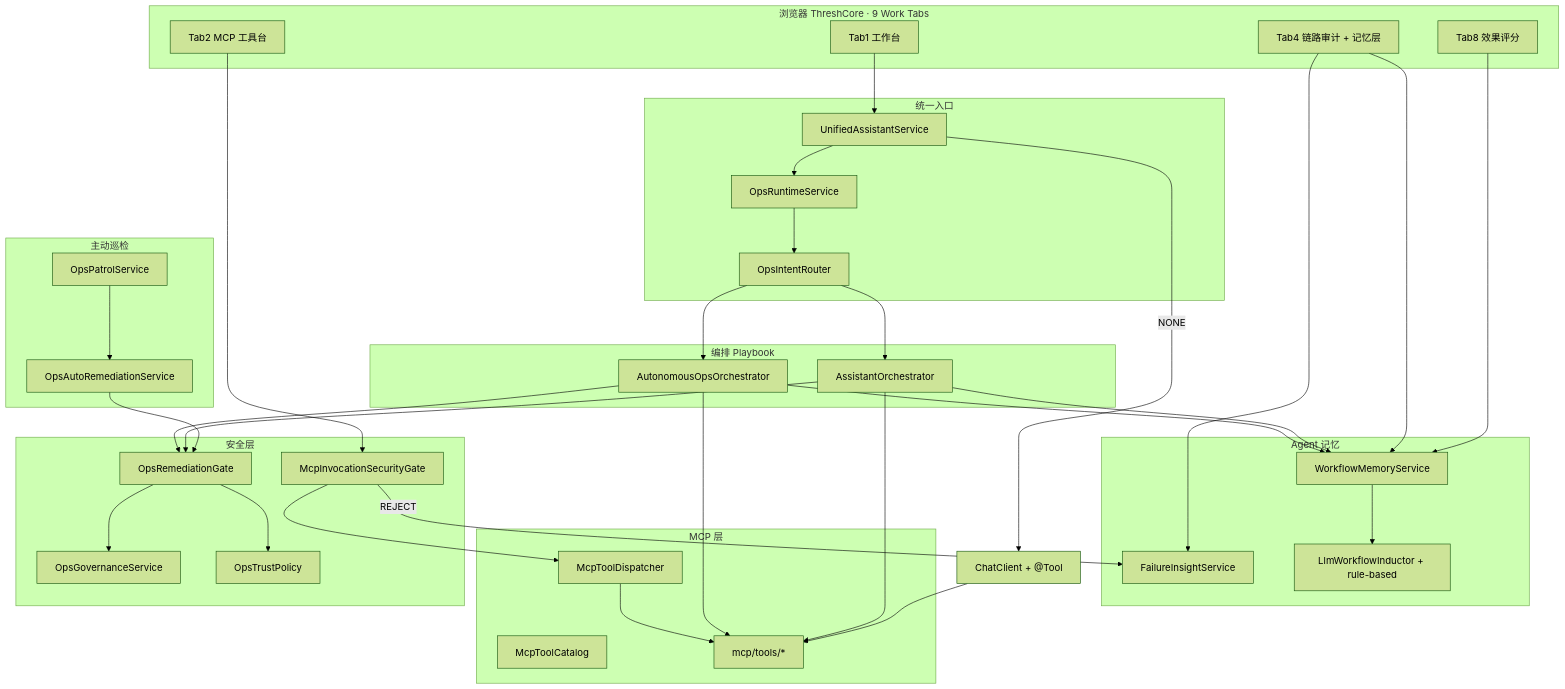
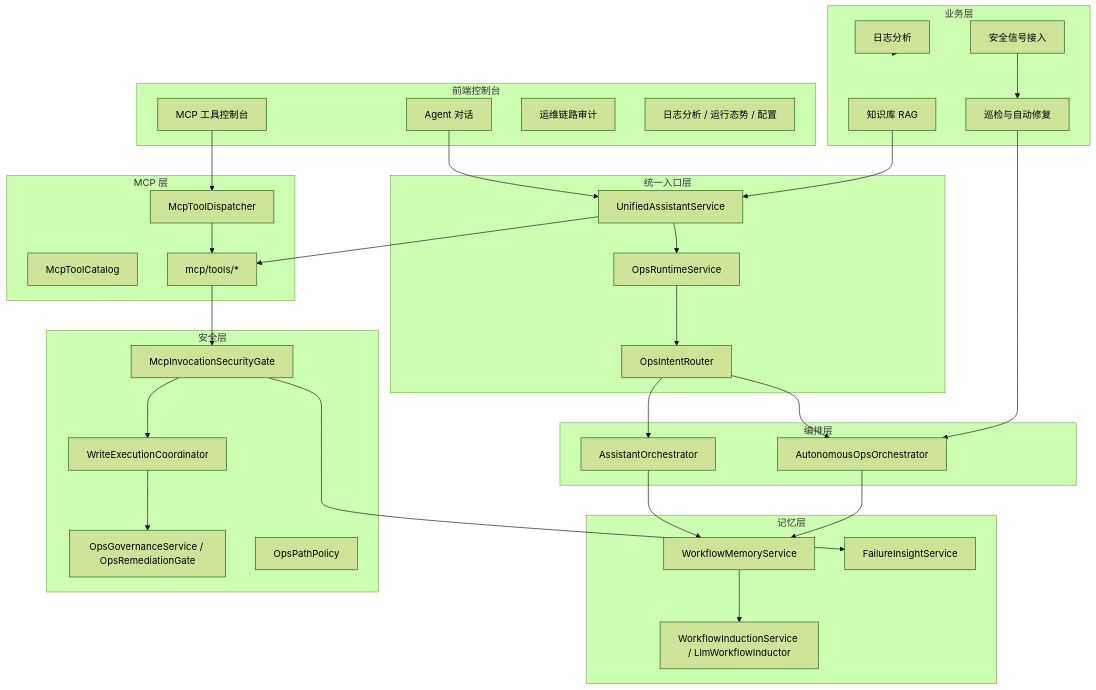
Before and after one commit to zhaokai0604/-agent: the diagram in README.md, drawn with Mermaid (forest theme). The commit also changed other lines of this file and 510 other files, not shown here.

First line of the commit message:
交付态整理：Agent 工作台、单端口联调、测试与文档同步

````diff
--- a/README.md
+++ b/README.md
@@ -117,59 +451,61 @@
 ```mermaid
 flowchart TB
-  subgraph ui[浏览器 ThreshCore · 9 Work Tabs]
-    T1[Tab1 工作台]
-    T2[Tab2 MCP 工具台]
-    T4[Tab4 链路审计 + 记忆层]
-    T8[Tab8 效果评分]
+  subgraph ui["前端控制台"]
+    FE1["Agent 对话"]
+    FE2["MCP 工具控制台"]
+    FE3["运维链路审计"]
+    FE4["日志分析 / 运行态势 / 配置"]
   end
 
-  subgraph entry[统一入口]
-    UAS[UnifiedAssistantService]
-    ORS[OpsRuntimeService]
-    OIR[OpsIntentRouter]
+  subgraph entry["统一入口层"]
+    UAS["UnifiedAssistantService"]
+    ORS["OpsRuntimeService"]
+    OIR["OpsIntentRouter"]
   end
 
-  subgraph playbooks[编排 Playbook]
-    AOO[AutonomousOpsOrchestrator]
-    ASO[AssistantOrchestrator]
+  subgraph orchestration["编排层"]
+    ASO["AssistantOrchestrator"]
+    AOO["AutonomousOpsOrchestrator"]
   end
 
-  subgraph awm[Agent 记忆]
-    WMS[WorkflowMemoryService]
-    FIS[FailureInsightService]
-    IND[LlmWorkflowInductor + rule-based]
+  subgraph memory["记忆层"]
+    WMS["WorkflowMemoryService"]
+    FIS["FailureInsightService"]
+    IND["WorkflowInductionService / LlmWorkflowInductor"]
   end
 
-  subgraph mcp[MCP 层]
-    CAT[McpToolCatalog]
-    DISP[McpToolDispatcher]
-    TOOLS[mcp/tools/*]
+  subgraph mcp["MCP 层"]
+    CAT["McpToolCatalog"]
+    DISP["McpToolDispatcher"]
+    TOOLS["mcp/tools/*"]
   end
 
-  subgraph sec[安全层]
-    GATE[McpInvocationSecurityGate]
-    GOV[OpsGovernanceService]
-    REM[OpsRemediationGate]
-    TRUST[OpsTrustPolicy]
+  subgraph security["安全层"]
+    GATE["McpInvocationSecurityGate"]
+    COORD["WriteExecutionCoordinator"]
+    GOV["OpsGovernanceService / OpsRemediationGate"]
+    PATH["OpsPathPolicy"]
   end
 
-  subgraph patrol[主动巡检]
-    PATROL[OpsPatrolService]
-    AUTO[OpsAutoRemediationService]
+  subgraph business["业务层"]
+    LOG["日志分析"]
+    KB["知识库 RAG"]
+    PATROL["巡检与自动修复"]
+    SIGNAL["安全信号接入"]
   end
 
-  T1 --> UAS --> ORS --> OIR
-  OIR --> AOO & ASO
-  UAS -->|NONE| LLM[ChatClient + @Tool]
-  T2 --> GATE --> DISP --> TOOLS
-  AOO & ASO --> REM
-  PATROL --> AUTO --> REM
-  REM --> GOV
-  REM --> TRUST
-  AOO & ASO & LLM --> TOOLS
-  AOO & ASO --> WMS
-  GATE -->|REJECT| FIS
+  FE1 --> UAS --> ORS --> OIR
+  OIR --> ASO
+  OIR --> AOO
+  UAS --> TOOLS
+  FE2 --> DISP --> TOOLS
+  TOOLS --> GATE --> COORD --> GOV
+  ASO --> WMS
+  AOO --> WMS
+  GATE --> FIS
   WMS --> IND
-  T4 --> WMS & FIS
-  T8 --> WMS
+  PATROL --> AOO
+  SIGNAL --> PATROL
+  LOG --> business
+  KB --> UAS
 ```
````
